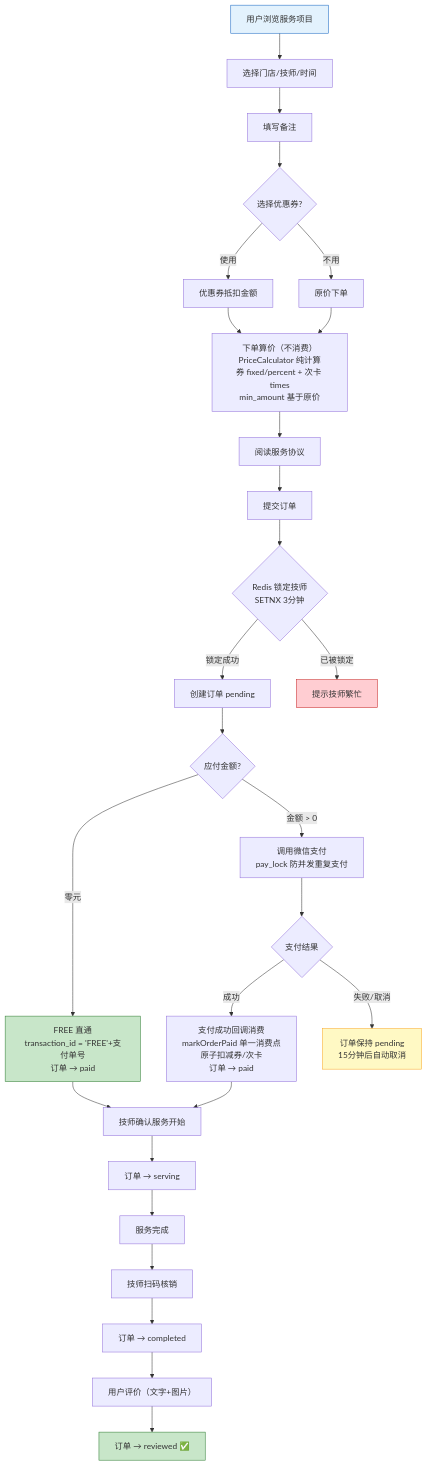
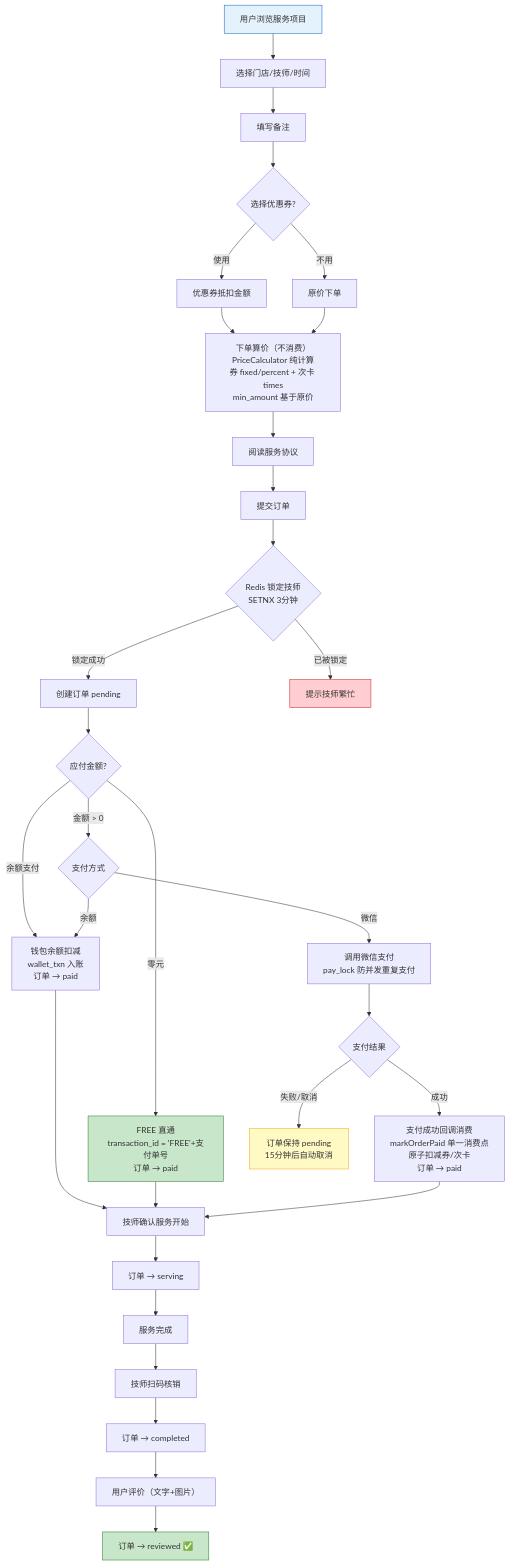
The first of 5 diagrams in docs/diagrams/FLOWCHART.md (erikwang2013/appointment-php), drawn with Mermaid before and after one commit. The commit also changed other lines of this file and 13 other files, not shown here.

First line of the commit message:
docs: 架构/结构更新 + 5 图源修订 + 8 SVG 重新生成

````diff
--- a/docs/diagrams/FLOWCHART.md
+++ b/docs/diagrams/FLOWCHART.md
@@ -5,35 +5,39 @@
 ```mermaid
 flowchart TD
     A["用户浏览服务项目"] --> B["选择门店/技师/时间"]
     B --> C["填写备注"]
     C --> D{"选择优惠券?"}
     D -->|"使用"| E["优惠券抵扣金额"]
     D -->|"不用"| F["原价下单"]
     E --> G["下单算价（不消费）<br/>PriceCalculator 纯计算<br/>券 fixed/percent + 次卡 times<br/>min_amount 基于原价"]
     F --> G
     G --> H["阅读服务协议"]
     H --> I["提交订单"]
     I --> J{"Redis 锁定技师<br/>SETNX 3分钟"}
     J -->|"锁定成功"| K["创建订单 pending"]
     J -->|"已被锁定"| L["提示技师繁忙"]
     K --> M{"应付金额?"}
     M -->|"零元"| N["FREE 直通<br/>transaction_id = 'FREE'+支付单号<br/>订单 → paid"]
-    M -->|"金额 > 0"| O["调用微信支付<br/>pay_lock 防并发重复支付"]
-    O --> P{"支付结果"}
+    M -->|"余额支付"| B1["钱包余额扣减<br/>wallet_txn 入账<br/>订单 → paid"]
+    M -->|"金额 > 0"| O{"支付方式"}
+    O -->|"微信"| OW["调用微信支付<br/>pay_lock 防并发重复支付"]
+    O -->|"余额"| B1
+    OW --> P{"支付结果"}
+    B1 --> S
     P -->|"成功"| Q["支付成功回调消费<br/>markOrderPaid 单一消费点<br/>原子扣减券/次卡<br/>订单 → paid"]
     P -->|"失败/取消"| R["订单保持 pending<br/>15分钟后自动取消"]
     N --> S["技师确认服务开始"]
     Q --> S
     S --> T["订单 → serving"]
     T --> U["服务完成"]
     U --> V["技师扫码核销"]
     V --> W["订单 → completed"]
     W --> X["用户评价（文字+图片）"]
     X --> Y["订单 → reviewed ✅"]
 
     style A fill:#e3f2fd,stroke:#1565c0,color:#333
     style Y fill:#c8e6c9,stroke:#2e7d32,color:#333
     style L fill:#ffcdd2,stroke:#c62828,color:#333
     style R fill:#fff9c4,stroke:#f9a825,color:#333
     style N fill:#c8e6c9,stroke:#2e7d32,color:#333
 ```
````
